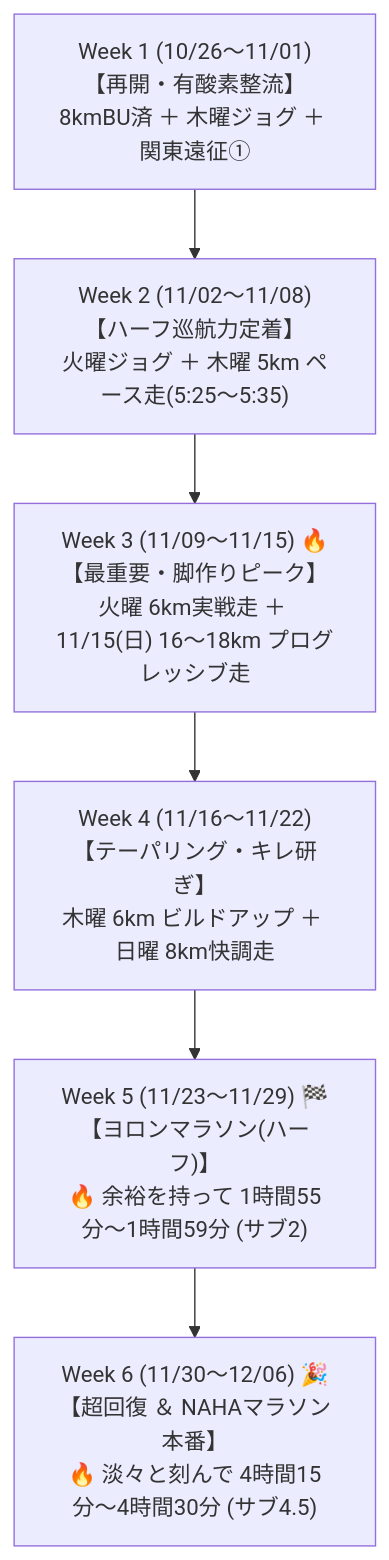
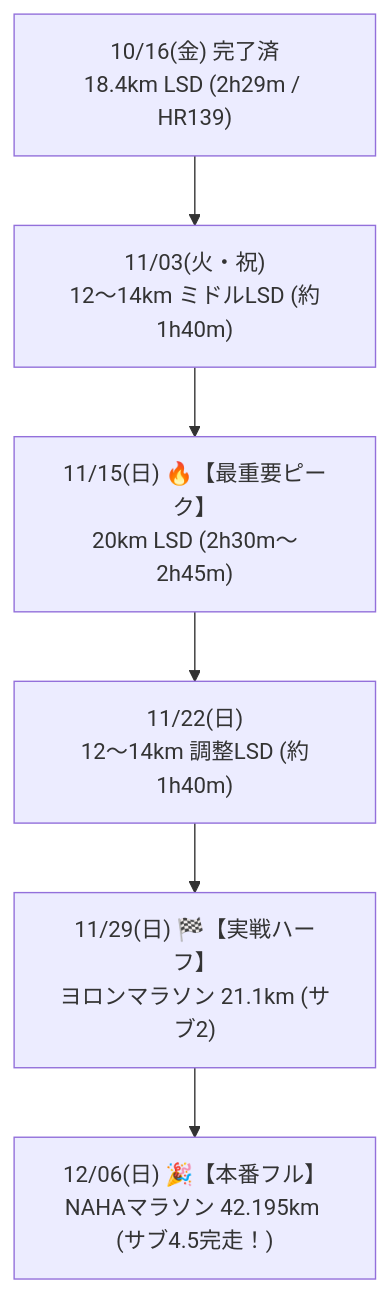
One commit to nem6ishi/running_analytics changed the diagram in docs/TRAINING_PLAN_2026.md. Above: the diagram before and after it, drawn with Mermaid. The commit also changed other lines of this file, not shown here.

````diff
--- a/docs/TRAINING_PLAN_2026.md
+++ b/docs/TRAINING_PLAN_2026.md
@@ -28,8 +28,8 @@
 ```mermaid
 flowchart TD
-    W1["Week 1 (10/26〜11/01)<br/>【再開・有酸素整流】<br/>8kmBU済 ＋ 木曜ジョグ ＋ 関東遠征①"] --> W2["Week 2 (11/02〜11/08)<br/>【ハーフ巡航力定着】<br/>火曜ジョグ ＋ 木曜 5km ペース走(5:25〜5:35)"]
-    W2 --> W3["Week 3 (11/09〜11/15) 🔥<br/>【最重要・脚作りピーク】<br/>火曜 6km実戦走 ＋ 11/15(日) 16〜18km プログレッシブ走"]
-    W3 --> W4["Week 4 (11/16〜11/22)<br/>【テーパリング・キレ研ぎ】<br/>木曜 6km ビルドアップ ＋ 日曜 8km快調走"]
-    W4 --> W5["Week 5 (11/23〜11/29) 🏁<br/>【ヨロンマラソン(ハーフ)】<br/>🔥 余裕を持って 1時間55分〜1時間59分 (サブ2)"]
-    W5 --> W6["Week 6 (11/30〜12/06) 🎉<br/>【超回復 ＆ NAHAマラソン本番】<br/>🔥 淡々と刻んで 4時間15分〜4時間30分 (サブ4.5)"]
+    L1["10/16(金) 完了済<br/>18.4km LSD (2h29m / HR139)"] --> L2["11/03(火・祝)<br/>12〜14km ミドルLSD (約1h40m)"]
+    L2 --> L3["11/15(日) 🔥【最重要ピーク】<br/>20km LSD (2h30m〜2h45m)"]
+    L3 --> L4["11/22(日)<br/>12〜14km 調整LSD (約1h40m)"]
+    L4 --> L5["11/29(日) 🏁【実戦ハーフ】<br/>ヨロンマラソン 21.1km (サブ2)"]
+    L5 --> L6["12/06(日) 🎉【本番フル】<br/>NAHAマラソン 42.195km (サブ4.5完走！)"]
 ```
````
